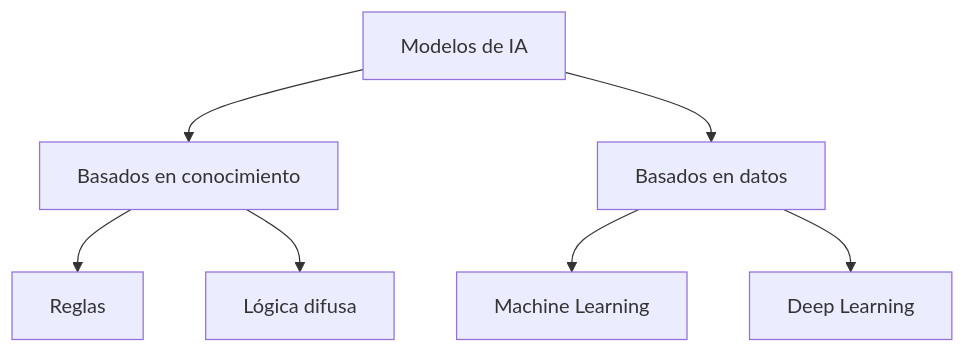
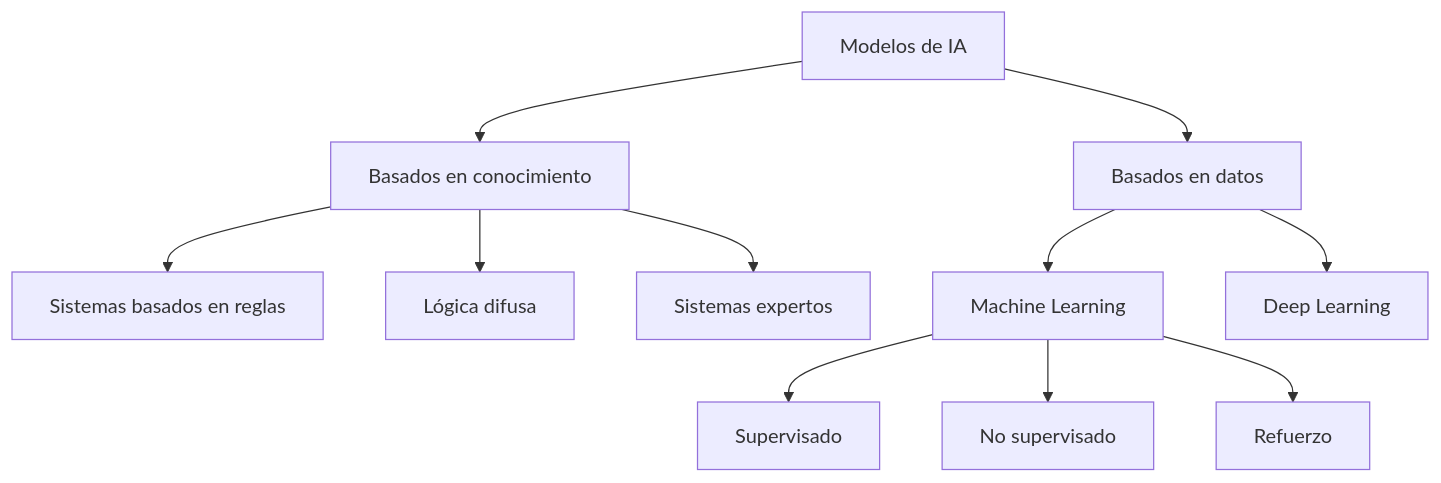
One commit to martinezpenya/ModelosIA changed the second of 4 diagrams in docs/UD02/Presentacion/UD02_1_ES.md. Above: the diagram before and after it, drawn with Mermaid. The commit also changed other lines of this file and 5 other files, not shown here.

````diff
--- a/docs/UD02/Presentacion/UD02_1_ES.md
+++ b/docs/UD02/Presentacion/UD02_1_ES.md
@@ -266,9 +269,13 @@
 ```mermaid
 flowchart TD
     IA[Modelos de IA] --> CONOC[Basados en conocimiento]
     IA --> DATOS[Basados en datos]
-    CONOC --> REGLAS[Reglas]
+    CONOC --> REGLAS[Sistemas basados en reglas]
     CONOC --> DIFUSA[Lógica difusa]
+    CONOC --> EXPERT[Sistemas expertos]
     DATOS --> ML[Machine Learning]
     DATOS --> DL[Deep Learning]
+    ML --> SUP[Supervisado]
+    ML --> NOSUP[No supervisado]
+    ML --> REF[Refuerzo]
 ```
````
